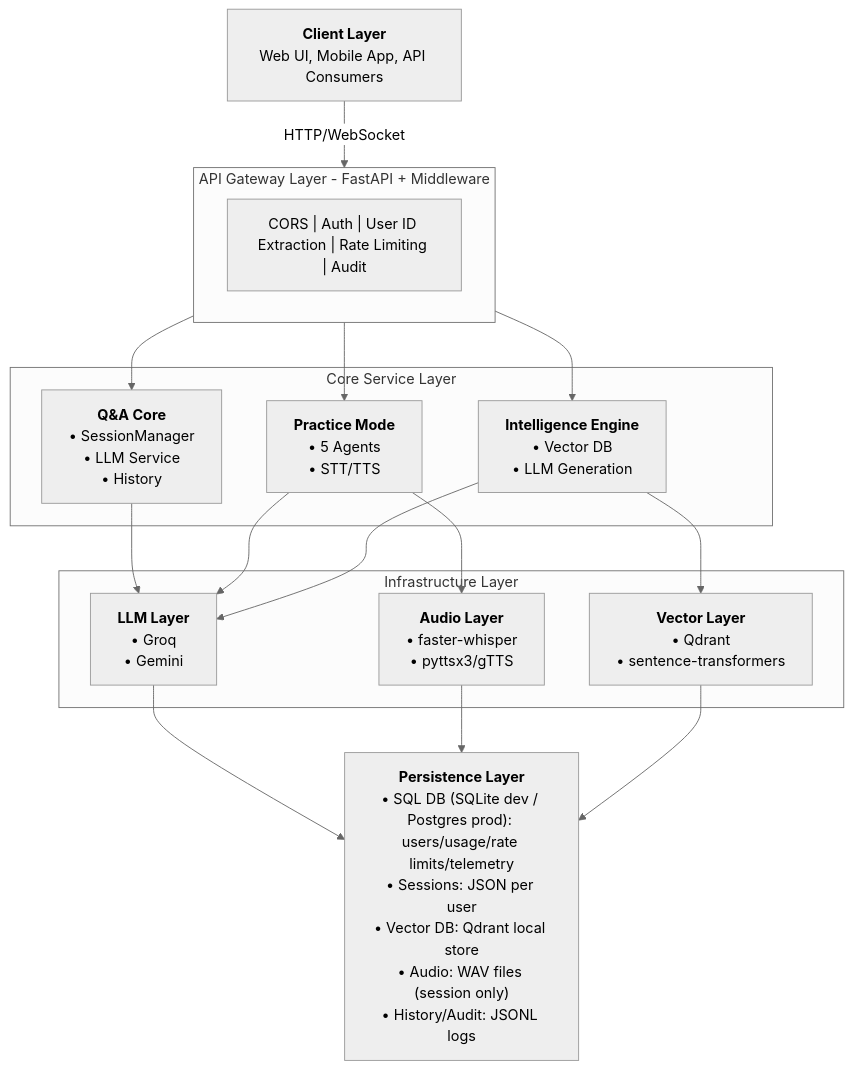
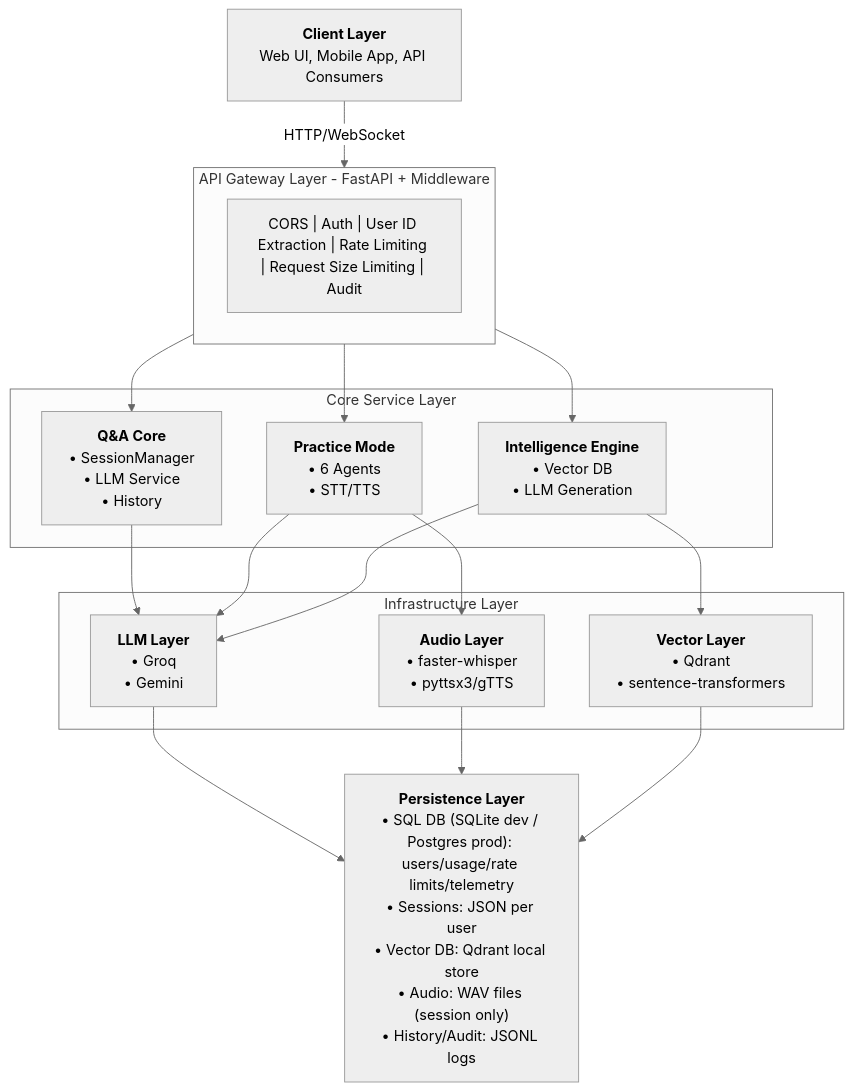
Before and after one commit to Varun-addh/Chat_Assistant: the first of 3 diagrams in docs/Stratax_AI_Technical_Documentation.md, drawn with Mermaid (neutral theme). The commit also changed other lines of this file and 34 other files, not shown here.

````diff
--- a/docs/Stratax_AI_Technical_Documentation.md
+++ b/docs/Stratax_AI_Technical_Documentation.md
@@ -339,37 +339,37 @@
 ```mermaid
 graph TB
     Client["<b>Client Layer</b><br/>Web UI, Mobile App, API Consumers"]
     
     subgraph Gateway["API Gateway Layer - FastAPI + Middleware"]
-        MW["CORS | Auth | User ID Extraction | Rate Limiting | Audit"]
+        MW["CORS | Auth | User ID Extraction | Rate Limiting | Request Size Limiting | Audit"]
     end
     
     subgraph Core["Core Service Layer"]
         QA["<b>Q&A Core</b><br/>• SessionManager<br/>• LLM Service<br/>• History"]
-        PM["<b>Practice Mode</b><br/>• 5 Agents<br/>• STT/TTS"]
+        PM["<b>Practice Mode</b><br/>• 6 Agents<br/>• STT/TTS"]
         IE["<b>Intelligence Engine</b><br/>• Vector DB<br/>• LLM Generation"]
     end
     
     subgraph Infrastructure["Infrastructure Layer"]
         LLM["<b>LLM Layer</b><br/>• Groq<br/>• Gemini"]
         Audio["<b>Audio Layer</b><br/>• faster-whisper<br/>• pyttsx3/gTTS"]
         Vector["<b>Vector Layer</b><br/>• Qdrant<br/>• sentence-transformers"]
     end
     
     Persist["<b>Persistence Layer</b><br/>• SQL DB (SQLite dev / Postgres prod): users/usage/rate limits/telemetry<br/>• Sessions: JSON per user<br/>• Vector DB: Qdrant local store<br/>• Audio: WAV files (session only)<br/>• History/Audit: JSONL logs"]
     
     Client -->|HTTP/WebSocket| Gateway
     Gateway --> QA
     Gateway --> PM
     Gateway --> IE
     
     QA --> LLM
     PM --> LLM
     PM --> Audio
     IE --> Vector
     IE --> LLM
     
     LLM --> Persist
     Audio --> Persist
     Vector --> Persist
 ```
````
